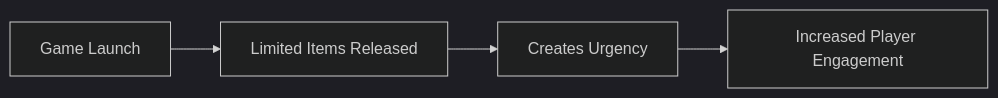
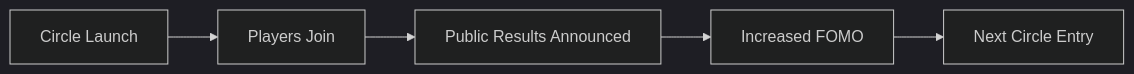
The second of 7 diagrams in virality-framework-doc/README.md (nadeemb53/circles-ink), drawn with Mermaid (dark theme) before and after one commit. The commit also changed other lines of this file, not shown here.

````diff
--- a/virality-framework-doc/README.md
+++ b/virality-framework-doc/README.md
@@ -110,6 +111,7 @@
 ```mermaid
 graph LR
-    Start[Game Launch] --> LimitedItems[Limited Items Released]
-    LimitedItems --> Urgency[Creates Urgency]
-    Urgency --> IncreasedEngagement[Increased Player Engagement]
+    CircleLaunch[Circle Launch] --> PlayersJoin[Players Join]
+    PlayersJoin --> PublicResults[Public Results Announced]
+    PublicResults --> IncreasedFOMO[Increased FOMO]
+    IncreasedFOMO --> NextCircle[Next Circle Entry]
 ```
````
